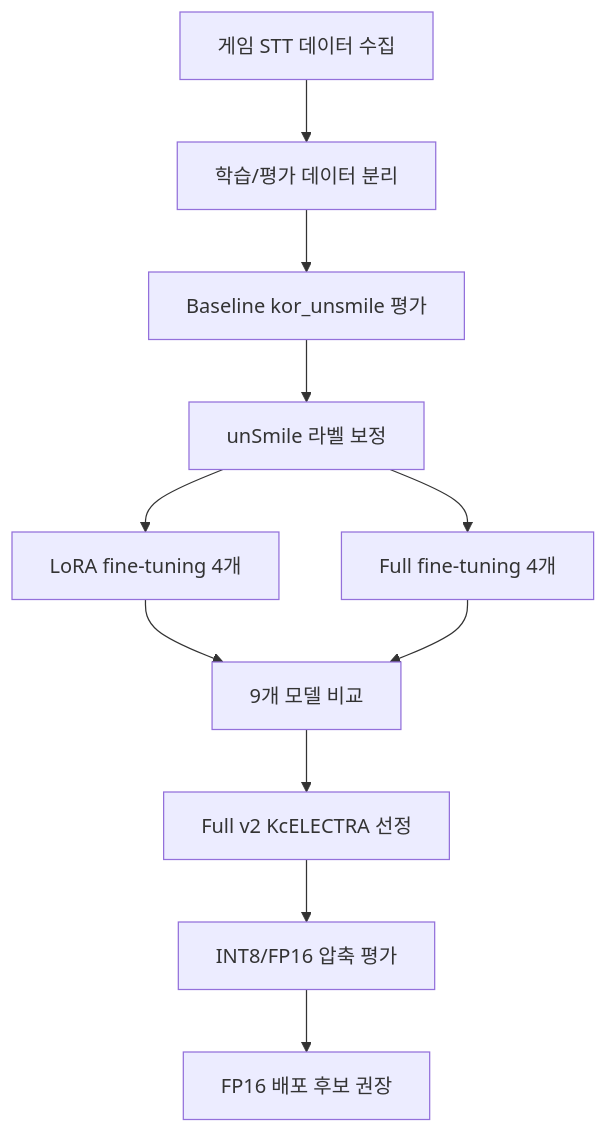
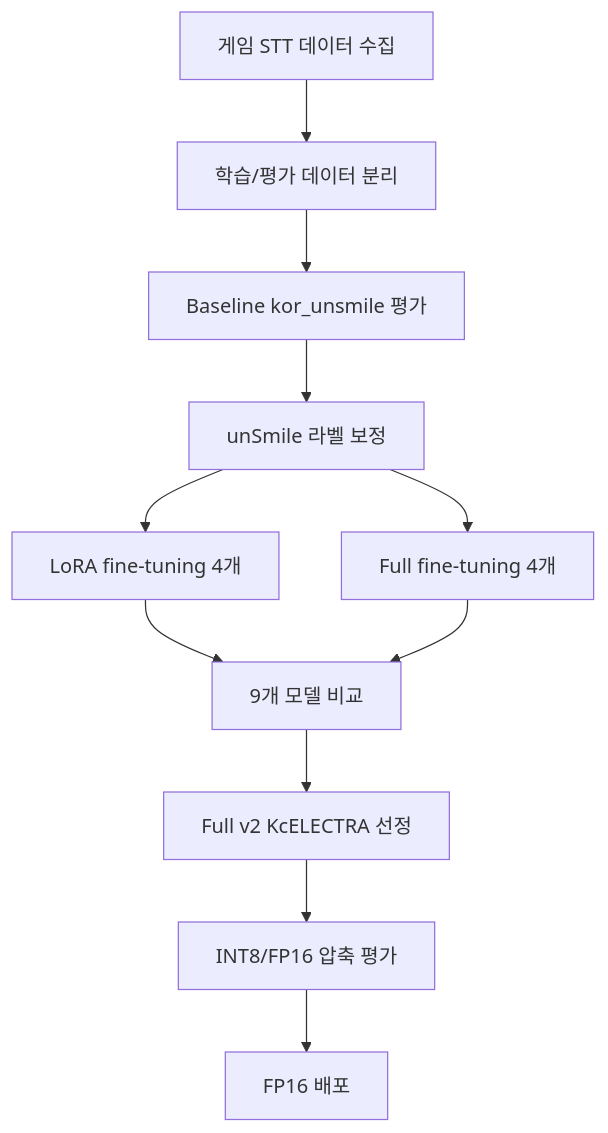
Before and after one commit to SSAFY14-D105/echoforest: the diagram in ai-tuning/Setting/AI 모델 고도화 기획서.md, drawn with Mermaid. The commit also changed other lines of this file and 25 other files, not shown here.

````diff
--- a/ai-tuning/Setting/AI 모델 고도화 기획서.md
+++ b/ai-tuning/Setting/AI 모델 고도화 기획서.md
@@ -36,13 +36,13 @@
 ```mermaid
 flowchart TD
     A["게임 STT 데이터 수집"] --> B["학습/평가 데이터 분리"]
     B --> C["Baseline kor_unsmile 평가"]
     C --> D["unSmile 라벨 보정"]
     D --> E["LoRA fine-tuning 4개"]
     D --> F["Full fine-tuning 4개"]
     E --> G["9개 모델 비교"]
     F --> G
     G --> H["Full v2 KcELECTRA 선정"]
     H --> I["INT8/FP16 압축 평가"]
-    I --> J["FP16 배포 후보 권장"]
+    I --> J["FP16 배포"]
 ```
````
